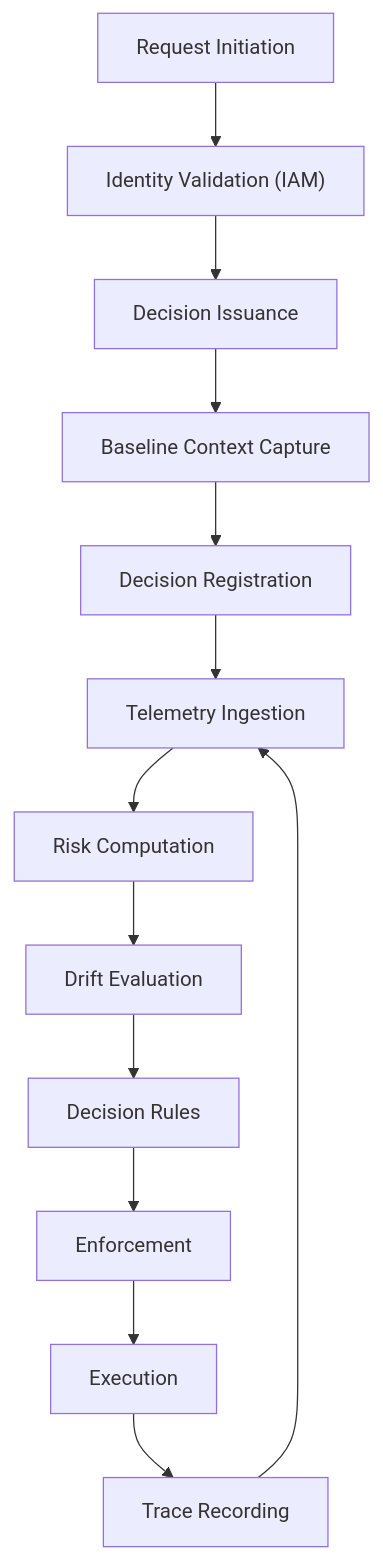
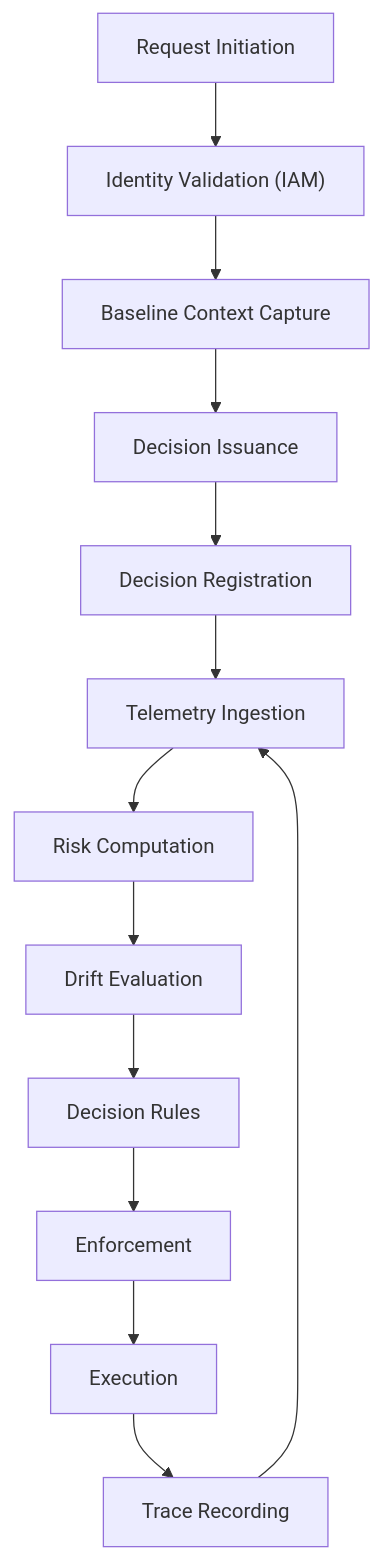
One commit to socorromipunto-eng/CAI-EXPERT-LAB changed the second of 4 diagrams in labs/mexico/20-visual-architecture.md. Above: the diagram before and after it, drawn with Mermaid. The commit also changed other lines of this file and 85 other files, not shown here.

````diff
--- a/labs/mexico/20-visual-architecture.md
+++ b/labs/mexico/20-visual-architecture.md
@@ -69,30 +73,30 @@
 ```mermaid
 flowchart TD
 
 REQUEST["Request Initiation"]
 AUTH["Identity Validation (IAM)"]
 DECISION_GEN["Decision Issuance"]
 BASELINE["Baseline Context Capture"]
 REGISTER["Decision Registration"]
 TELEMETRY["Telemetry Ingestion"]
 RISK["Risk Computation"]
 DRIFT["Drift Evaluation"]
 RULES["Decision Rules"]
 ENFORCE["Enforcement"]
 EXECUTE["Execution"]
 TRACE["Trace Recording"]
 
 REQUEST --> AUTH
-AUTH --> DECISION_GEN
-DECISION_GEN --> BASELINE
-BASELINE --> REGISTER
+AUTH --> BASELINE
+BASELINE --> DECISION_GEN
+DECISION_GEN --> REGISTER
 REGISTER --> TELEMETRY
 TELEMETRY --> RISK
 RISK --> DRIFT
 DRIFT --> RULES
 RULES --> ENFORCE
 ENFORCE --> EXECUTE
 EXECUTE --> TRACE
 
 TRACE --> TELEMETRY
 ```
````
